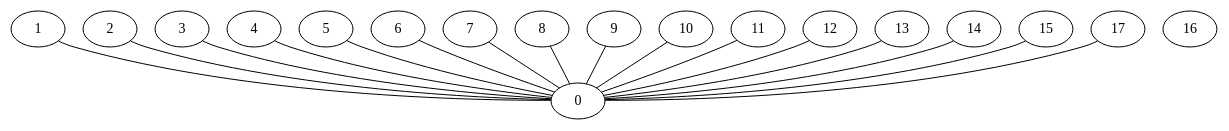
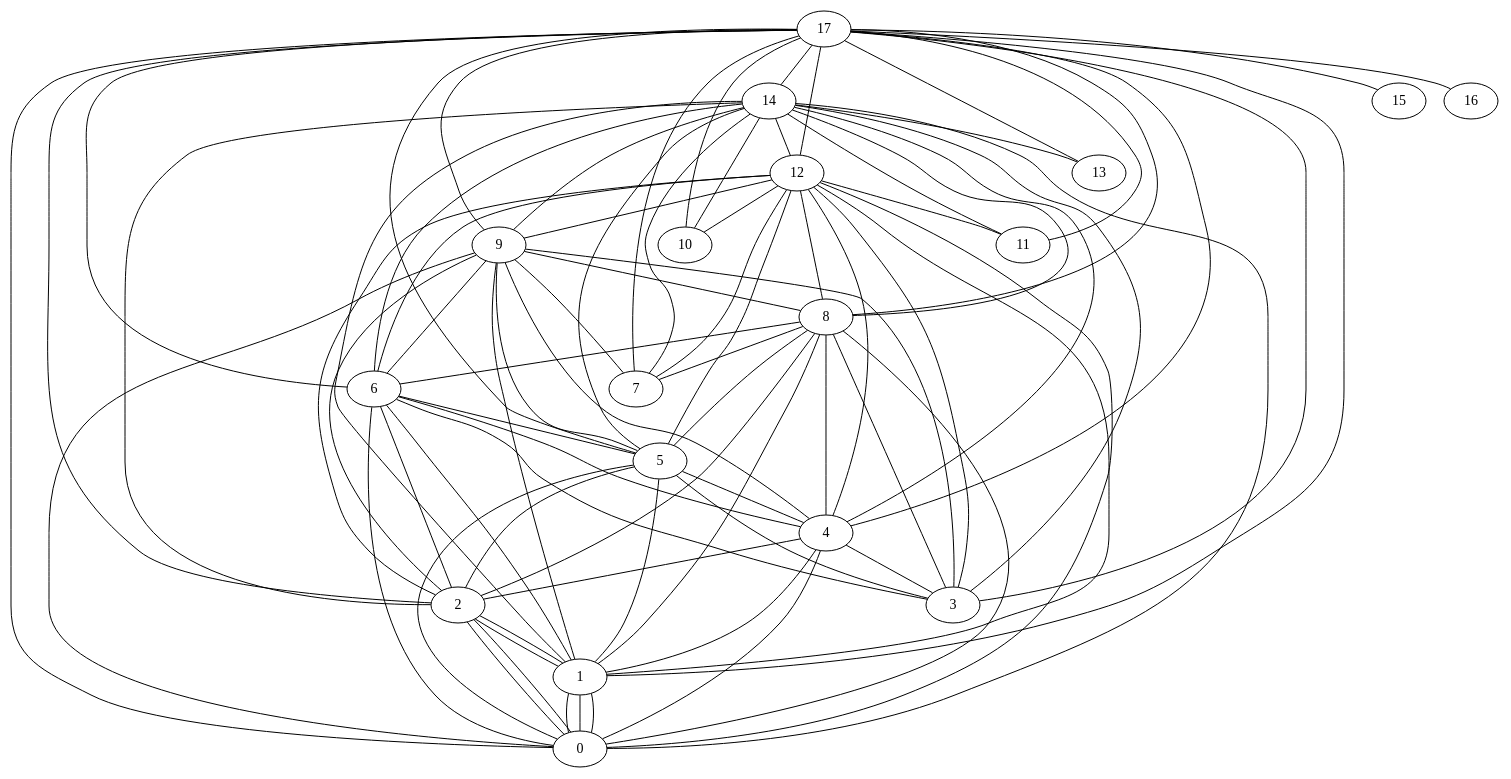
One commit to denizsurmeli/random-graph-generator changed the diagram in feeds/out/O-9-18-18-HH.dot. Above: the diagram before and after it, drawn with Graphviz. The commit also changed 578 other files, not shown here.

```diff
--- a/feeds/out/O-9-18-18-HH.dot
+++ b/feeds/out/O-9-18-18-HH.dot
@@ -1,36 +1,102 @@
 graph G {
 0;
 1;
 2;
 3;
 4;
 5;
 6;
 7;
 8;
 9;
 10;
 11;
 12;
 13;
 14;
 15;
 16;
 17;
+17--0 ;
+17--1 ;
+17--2 ;
+17--3 ;
+17--4 ;
+17--5 ;
+17--6 ;
+17--7 ;
+17--8 ;
+17--9 ;
+17--10 ;
+17--11 ;
+17--12 ;
+17--13 ;
+17--14 ;
+17--15 ;
+17--16 ;
+14--0 ;
+14--1 ;
+14--2 ;
+14--3 ;
+14--4 ;
+14--5 ;
+14--6 ;
+14--7 ;
+14--8 ;
+14--9 ;
+14--10 ;
+14--11 ;
+14--12 ;
+14--13 ;
+12--0 ;
+12--1 ;
+12--2 ;
+12--3 ;
+12--4 ;
+12--5 ;
+12--6 ;
+12--7 ;
+12--8 ;
+12--9 ;
+12--10 ;
+12--11 ;
+9--0 ;
+9--1 ;
+9--2 ;
+9--3 ;
+9--4 ;
+9--5 ;
+9--6 ;
+9--7 ;
+9--8 ;
+8--0 ;
+8--1 ;
+8--2 ;
+8--3 ;
+8--4 ;
+8--5 ;
+8--6 ;
+8--7 ;
+6--0 ;
+6--1 ;
+6--2 ;
+6--3 ;
+6--4 ;
+6--5 ;
+5--0 ;
+5--1 ;
+5--2 ;
+5--3 ;
+5--4 ;
+4--0 ;
+4--1 ;
+4--2 ;
+4--3 ;
 2--0 ;
+2--1 ;
+2--0 ;
+2--1 ;
 1--0 ;
-7--0 ;
-6--0 ;
-5--0 ;
-4--0 ;
-3--0 ;
-8--0 ;
-11--0 ;
-10--0 ;
-9--0 ;
-15--0 ;
-14--0 ;
-13--0 ;
-12--0 ;
-17--0 ;
+1--0 ;
+1--0 ;
 }
```
